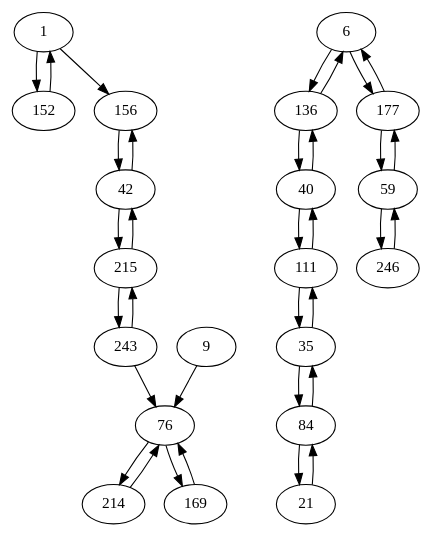
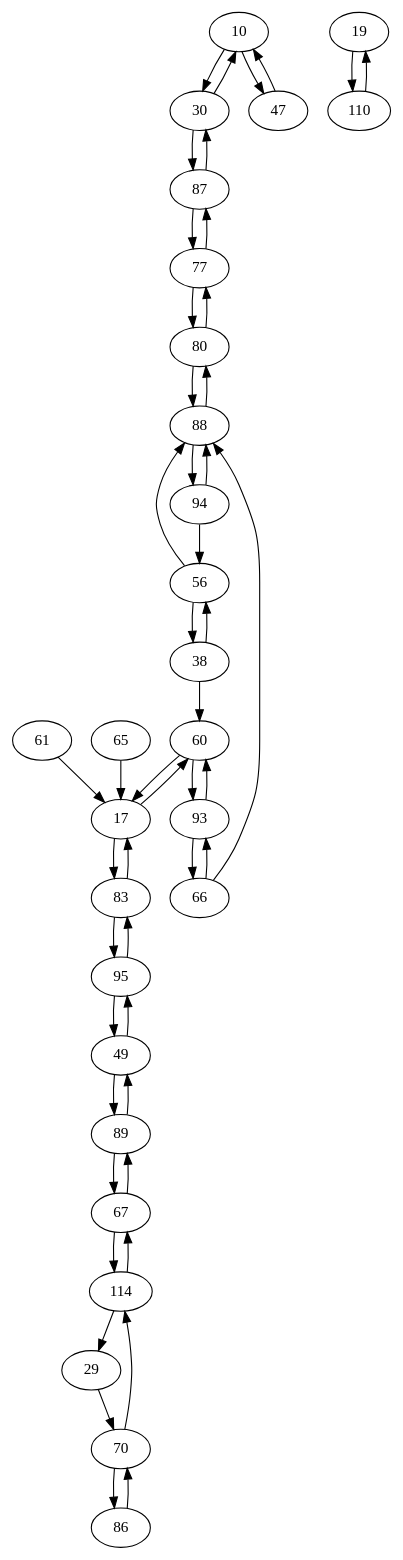
The diagram in external/dbg2olc/RawBestOverlapGraph.dot (AuCson/Genome-Assembly-Implementation), drawn with Graphviz before and after one commit. The commit also changed 79 other files, not shown here.

```diff
--- a/external/dbg2olc/RawBestOverlapGraph.dot
+++ b/external/dbg2olc/RawBestOverlapGraph.dot
@@ -1,55 +1,76 @@
 digraph G {
-1 -> 152;
-6 -> 136;
-21 -> 84;
-35 -> 111;
-40 -> 111;
-42 -> 156;
-59 -> 246;
-76 -> 214;
-84 -> 21;
-111 -> 35;
-136 -> 6;
-152 -> 1;
-177 -> 59;
-215 -> 42;
-243 -> 215;
-246 -> 59;
-1 -> 156;
-6 -> 177;
-9 -> 76;
-35 -> 84;
-40 -> 136;
-42 -> 215;
-59 -> 177;
-76 -> 169;
-84 -> 35;
-111 -> 40;
-136 -> 40;
-156 -> 42;
-169 -> 76;
-177 -> 6;
-214 -> 76;
-215 -> 243;
-243 -> 76;
-1
-6
-9
-21
-35
-40
-42
-59
-76
-84
-111
-136
-152
-156
-169
-177
-214
-215
-243
-246
+10 -> 30;
+17 -> 60;
+30 -> 10;
+38 -> 60;
+47 -> 10;
+49 -> 95;
+56 -> 88;
+60 -> 93;
+66 -> 93;
+67 -> 114;
+70 -> 114;
+77 -> 87;
+80 -> 77;
+83 -> 95;
+87 -> 77;
+88 -> 80;
+89 -> 67;
+93 -> 66;
+94 -> 88;
+95 -> 49;
+114 -> 67;
+10 -> 47;
+17 -> 83;
+19 -> 110;
+29 -> 70;
+30 -> 87;
+38 -> 56;
+49 -> 89;
+56 -> 38;
+60 -> 17;
+61 -> 17;
+65 -> 17;
+66 -> 88;
+67 -> 89;
+70 -> 86;
+77 -> 80;
+80 -> 88;
+83 -> 17;
+86 -> 70;
+87 -> 30;
+88 -> 94;
+89 -> 49;
+93 -> 60;
+94 -> 56;
+95 -> 83;
+110 -> 19;
+114 -> 29;
+10
+17
+19
+29
+30
+38
+47
+49
+56
+60
+61
+65
+66
+67
+70
+77
+80
+83
+86
+87
+88
+89
+93
+94
+95
+110
+114
 }
```
